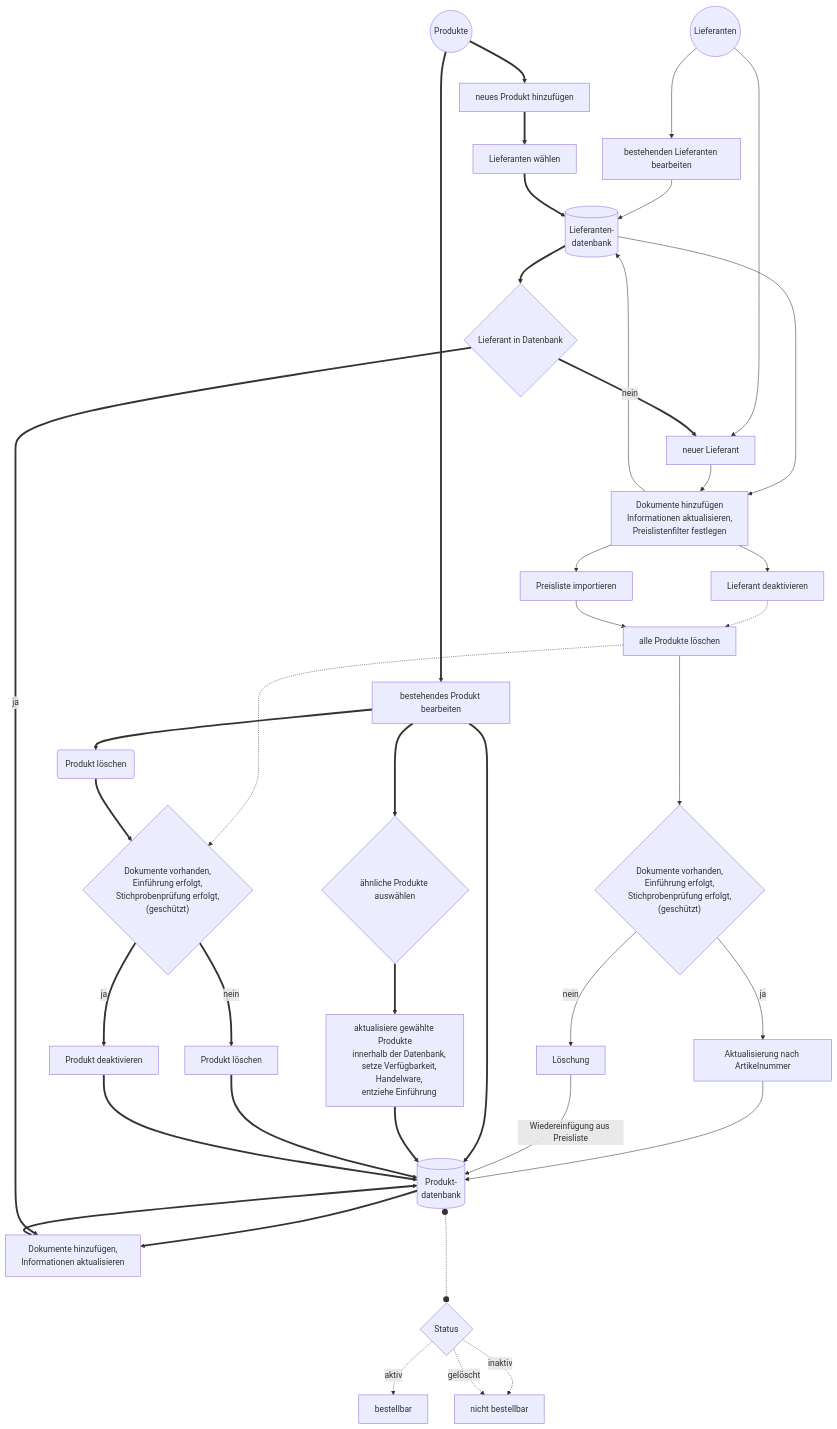
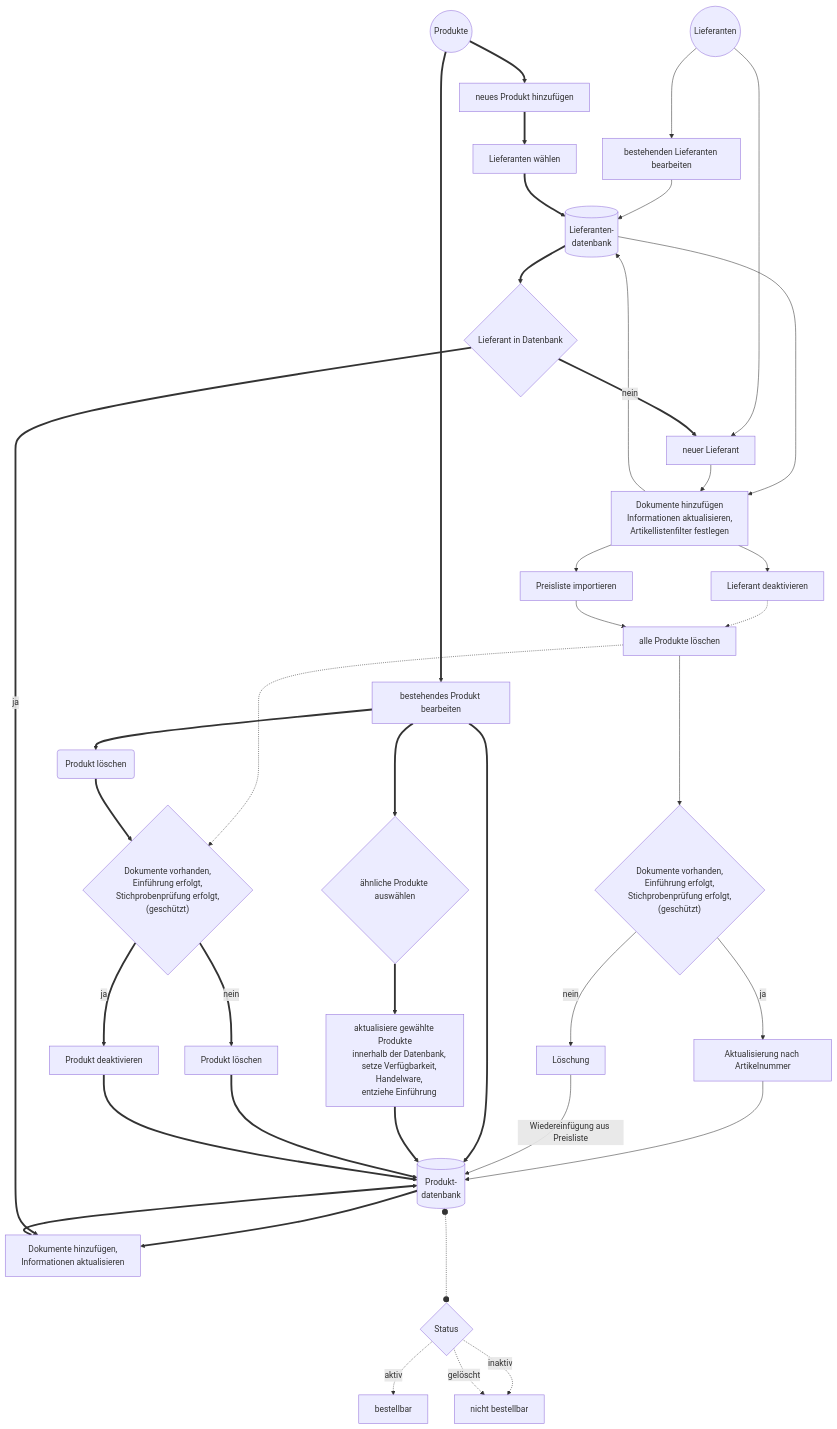
Before and after one commit to erroronline1/caro: the sixth of 7 diagrams in readme.de.md, drawn with Mermaid. The commit also changed other lines of this file and 15 other files, not shown here.

````diff
--- a/readme.de.md
+++ b/readme.de.md
@@ -790,61 +790,61 @@
 ```mermaid
 graph TD;
     manage_vendors((Lieferanten))--->edit_vendor[bestehenden Lieferanten bearbeiten];
     edit_vendor-->vendor_db[("Lieferanten-
     datenbank")];
     manage_vendors-->new_vendor[neuer Lieferant];
     vendor_db-->add_vinfo["Dokumente hinzufügen
     Informationen aktualisieren,
-    Preislistenfilter festlegen"];
+    Artikellistenfilter festlegen"];
     new_vendor-->add_vinfo;
     add_vinfo-->vendor_db;
     add_vinfo-->inactivate_vendor[Lieferant deaktivieren];
     inactivate_vendor-.->delete_all_products[alle Produkte löschen];
     add_vinfo-->import_pricelist[Preisliste importieren];
     import_pricelist-->delete_all_products;
     delete_all_products-->has_docs2{"Dokumente vorhanden,
     Einführung erfolgt,
     Stichprobenprüfung erfolgt,
     (geschützt)"};
     delete_all_products-...->has_docs{"Dokumente vorhanden,
     Einführung erfolgt,
     Stichprobenprüfung erfolgt,
     (geschützt)"};
     has_docs2-->|ja|update["Aktualisierung nach Artikelnummer"];
     update-->product_db[("Produkt-
     datenbank")];
     has_docs2-->|nein|delete[Löschung];
     delete-->|Wiedereinfügung aus Preisliste|product_db;
     
     manage_products((Produkte))==>edit_product[bestehendes Produkt bearbeiten];
     edit_product==>product_db;
     product_db==>add_pinfo["Dokumente hinzufügen,
     Informationen aktualisieren"];
     manage_products==>add_product[neues Produkt hinzufügen];
     add_product==>select_vendor[Lieferanten wählen];
     select_vendor==>vendor_db;
     vendor_db==>known_vendor{Lieferant in Datenbank};
     known_vendor==>|ja|add_pinfo;
     known_vendor==>|nein|new_vendor
 
     add_pinfo==>product_db;
 
     edit_product==>similar{ähnliche Produkte auswählen};
     similar==>update2["aktualisiere gewählte Produkte
     innerhalb der Datenbank,
     setze Verfügbarkeit,
     Handelware,
     entziehe Einführung"];
     update2==>product_db;
     edit_product==>delete_product(Produkt löschen);
     delete_product==>has_docs;
     has_docs==>|nein|product_deleted["Produkt löschen"];
     has_docs==>|ja|product_inactive["Produkt deaktivieren"];
     product_deleted==>product_db;
     product_inactive==>product_db;
 
     product_db o-..-o state{Status};
     state-.->|aktiv|orderable[bestellbar];
     state-.->|inaktiv|inorderable[nicht bestellbar];
     state-.->|gelöscht|inorderable;
 ```
````
